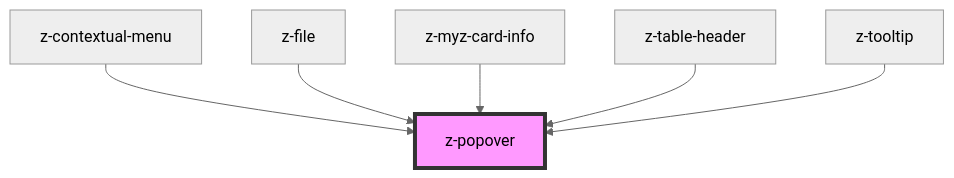
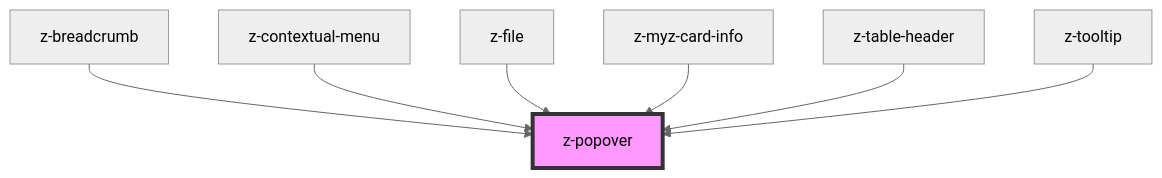
The diagram in src/components/z-popover/readme.md (ZanichelliEditore/design-system), drawn with Mermaid (neutral theme) before and after one commit. The commit also changed other lines of this file and 9 other files, not shown here.

````diff
--- a/src/components/z-popover/readme.md
+++ b/src/components/z-popover/readme.md
@@ -60,9 +61,10 @@
 ```mermaid
 graph TD;
+  z-breadcrumb --> z-popover
   z-contextual-menu --> z-popover
   z-file --> z-popover
   z-myz-card-info --> z-popover
   z-table-header --> z-popover
   z-tooltip --> z-popover
   style z-popover fill:#f9f,stroke:#333,stroke-width:4px
 ```
````
